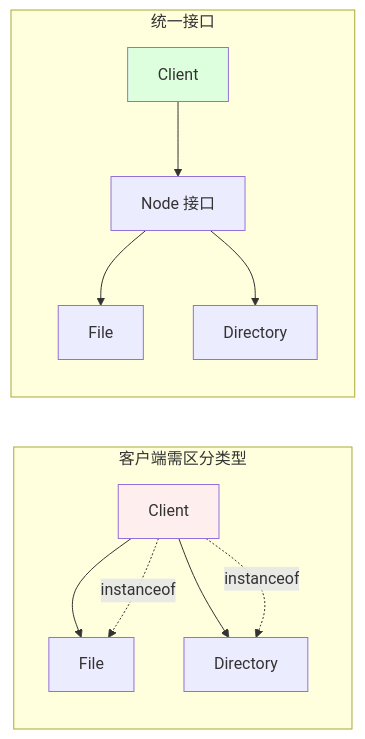
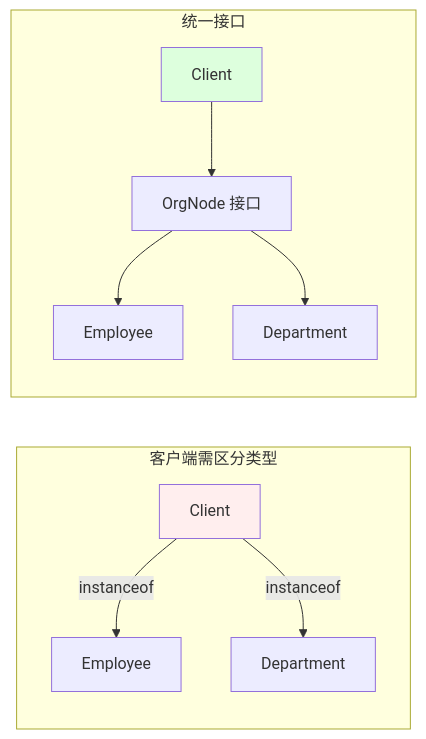
One commit to chongyang211/YCBookBlog changed the fourth of 7 diagrams in docs/08.编程/03.巧学设计模式/11.组合模式设计思想.md. Above: the diagram before and after it, drawn with Mermaid. The commit also changed other lines of this file and 12 other files, not shown here.

````diff
--- a/docs/08.编程/03.巧学设计模式/11.组合模式设计思想.md
+++ b/docs/08.编程/03.巧学设计模式/11.组合模式设计思想.md
@@ -196,16 +262,14 @@
 ```mermaid
 flowchart LR
     subgraph 坏结构[客户端需区分类型]
-        C1[Client] --> F1[File]
-        C1 --> D1[Directory]
-        C1 -.instanceof.-> F1
-        C1 -.instanceof.-> D1
+        C1[Client] -->|instanceof| F1[Employee]
+        C1 -->|instanceof| D1[Department]
     end
     subgraph 好结构[统一接口]
-        C2[Client] --> U[Node 接口]
-        U --> F2[File]
-        U --> D2[Directory]
+        C2[Client] --> U[OrgNode 接口]
+        U --> F2[Employee]
+        U --> D2[Department]
     end
     style C1 fill:#fee
     style C2 fill:#dfd
 ```
````
